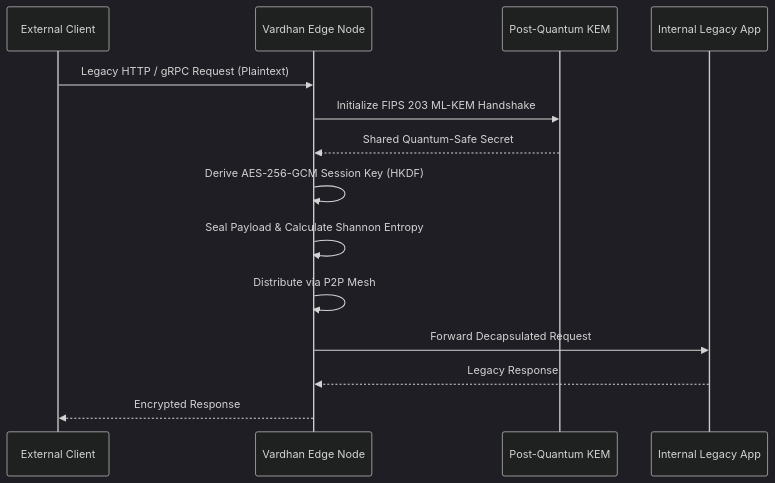
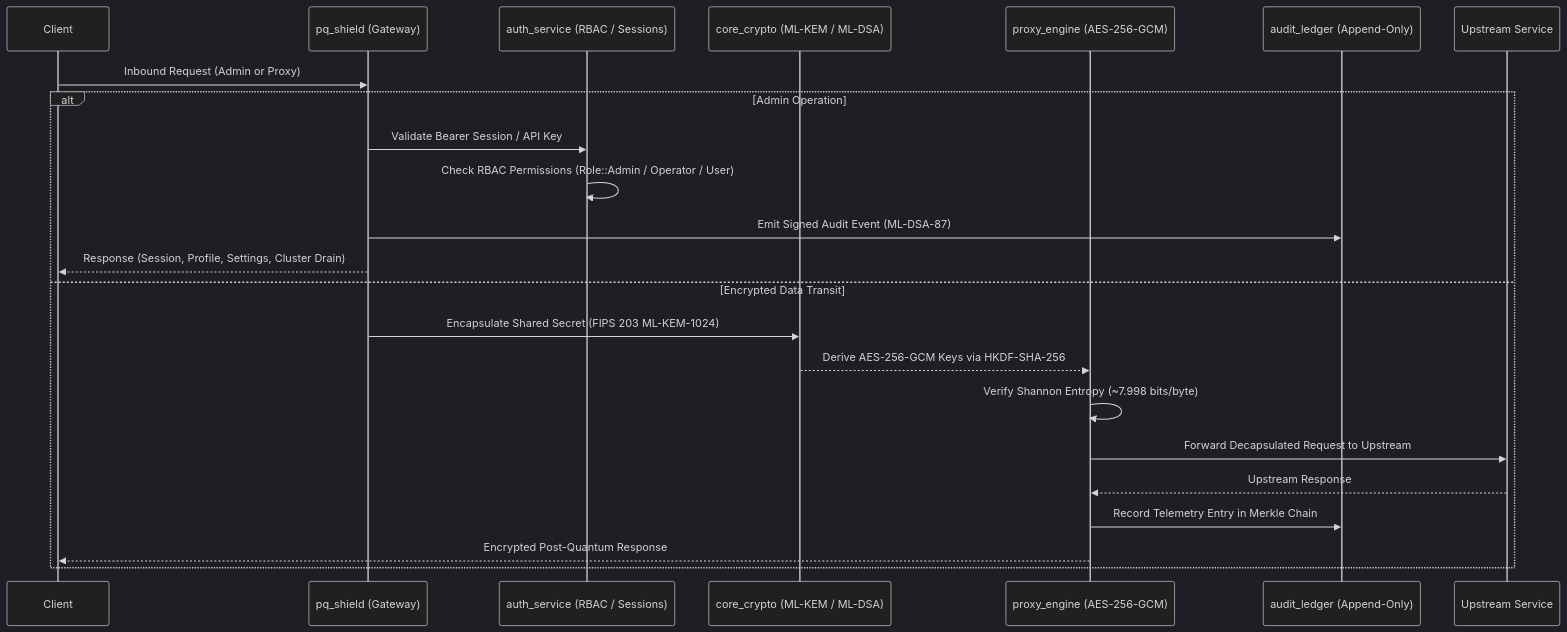
The diagram in README.md (vishnuvardhanburri/vardhan-quantum), drawn with Mermaid (dark theme) before and after one commit. The commit also changed other lines of this file and 10 other files, not shown here.

Commit message:
fix(docker): copy auth_service in Dockerfile & update docs and full backend auth wiring

````diff
--- a/README.md
+++ b/README.md
@@ -48,17 +42,26 @@
 ```mermaid
 sequenceDiagram
-    participant C as External Client
-    participant V as Vardhan Edge Node
-    participant K as Post-Quantum KEM
-    participant L as Internal Legacy App
+    participant C as Client
+    participant G as pq_shield (Gateway)
+    participant A as auth_service (RBAC / Sessions)
+    participant K as core_crypto (ML-KEM / ML-DSA)
+    participant P as proxy_engine (AES-256-GCM)
+    participant L as audit_ledger (Append-Only)
+    participant U as Upstream Service
 
-    C->>V: Legacy HTTP / gRPC Request (Plaintext)
-    V->>K: Initialize FIPS 203 ML-KEM Handshake
-    K-->>V: Shared Quantum-Safe Secret
-    V->>V: Derive AES-256-GCM Session Key (HKDF)
-    V->>V: Seal Payload & Calculate Shannon Entropy
-    V->>V: Distribute via P2P Mesh
-    V->>L: Forward Decapsulated Request
-    L-->>V: Legacy Response
-    V-->>C: Encrypted Response
+    C->>G: Inbound Request (Admin or Proxy)
+    alt Admin Operation
+        G->>A: Validate Bearer Session / API Key
+        A->>A: Check RBAC Permissions (Role::Admin / Operator / User)
+        G->>L: Emit Signed Audit Event (ML-DSA-87)
+        G-->>C: Response (Session, Profile, Settings, Cluster Drain)
+    else Encrypted Data Transit
+        G->>K: Encapsulate Shared Secret (FIPS 203 ML-KEM-1024)
+        K-->>P: Derive AES-256-GCM Keys via HKDF-SHA-256
+        P->>P: Verify Shannon Entropy (~7.998 bits/byte)
+        P->>U: Forward Decapsulated Request to Upstream
+        U-->>P: Upstream Response
+        P->>L: Record Telemetry Entry in Merkle Chain
+        P-->>C: Encrypted Post-Quantum Response
+    end
 ```
````
